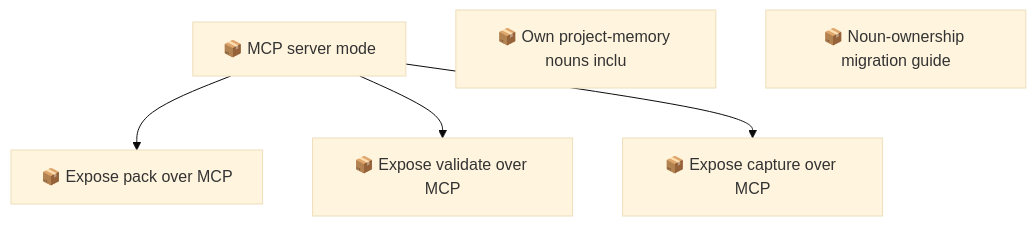
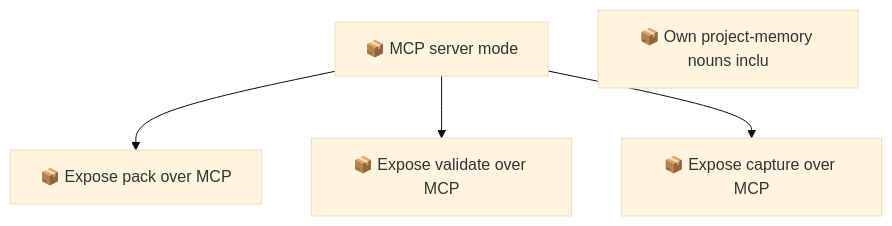
Before and after one commit to SpillwaveSolutions/project-knowledge-capture: the second of 2 diagrams in docs/roadmap.md, drawn with Mermaid (base theme). The commit also changed other lines of this file and 18 other files, not shown here.

Commit message:
chore: release v0.8.1 (noun-ownership migration guide) 01M0T3YW3CWWM9QPMKXEQQ2PR3

````diff
--- a/docs/roadmap.md
+++ b/docs/roadmap.md
@@ -82,12 +74,11 @@
 ```mermaid
 graph TD
     01KZ75NQCMYGFYRCVJATEBVBRB["📦 MCP server mode"]
     01KZ75R3EXEG4GVGRP2S9CCKZ4["📦 Expose pack over MCP"]
     01KZ75R3M6BYQ643NKDCCSEEZC["📦 Expose validate over MCP"]
     01KZ75R3S2X1G4PCTGMMSR8BWA["📦 Expose capture over MCP"]
     01M0SZFFPWEVN9YX9D9RYZ1ZC1["📦 Own project-memory nouns inclu"]
-    01M0T3YW3CWWM9QPMKXEQQ2PR3["📦 Noun-ownership migration guide"]
     01KZ75NQCMYGFYRCVJATEBVBRB --> 01KZ75R3EXEG4GVGRP2S9CCKZ4
     01KZ75NQCMYGFYRCVJATEBVBRB --> 01KZ75R3M6BYQ643NKDCCSEEZC
     01KZ75NQCMYGFYRCVJATEBVBRB --> 01KZ75R3S2X1G4PCTGMMSR8BWA
 ```
````
